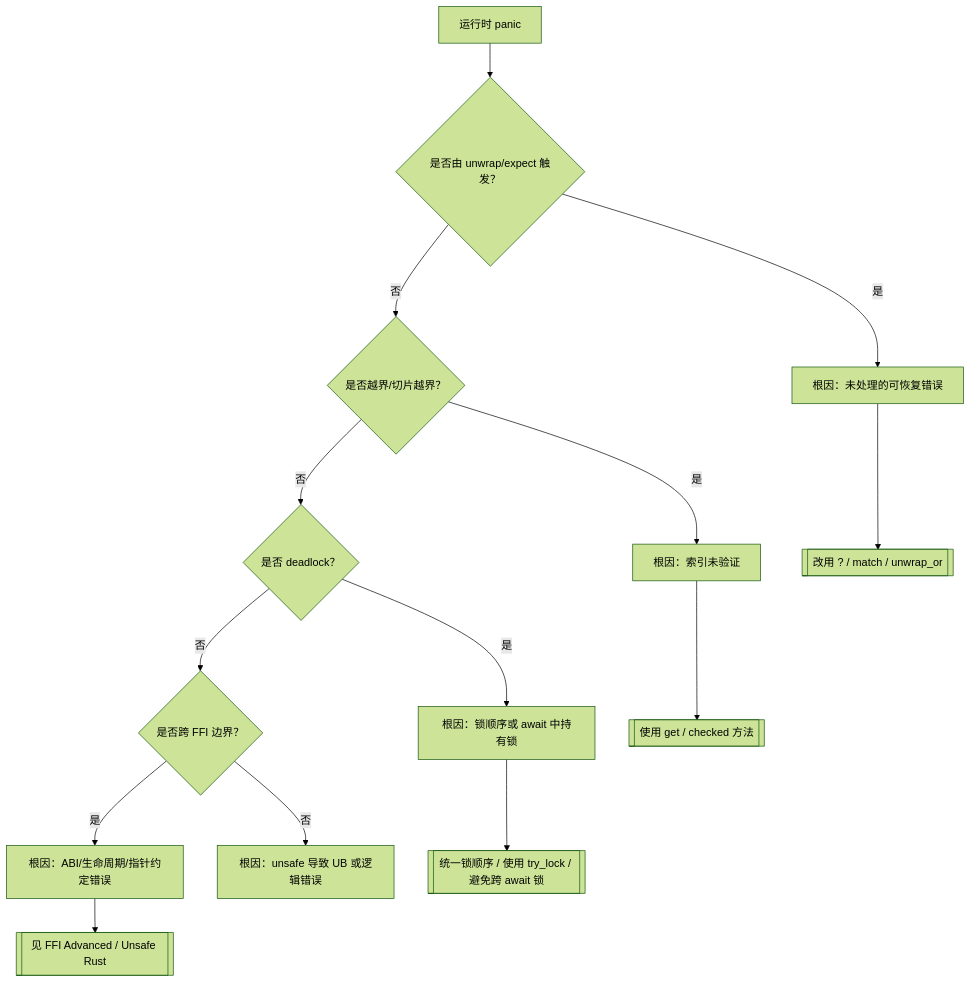
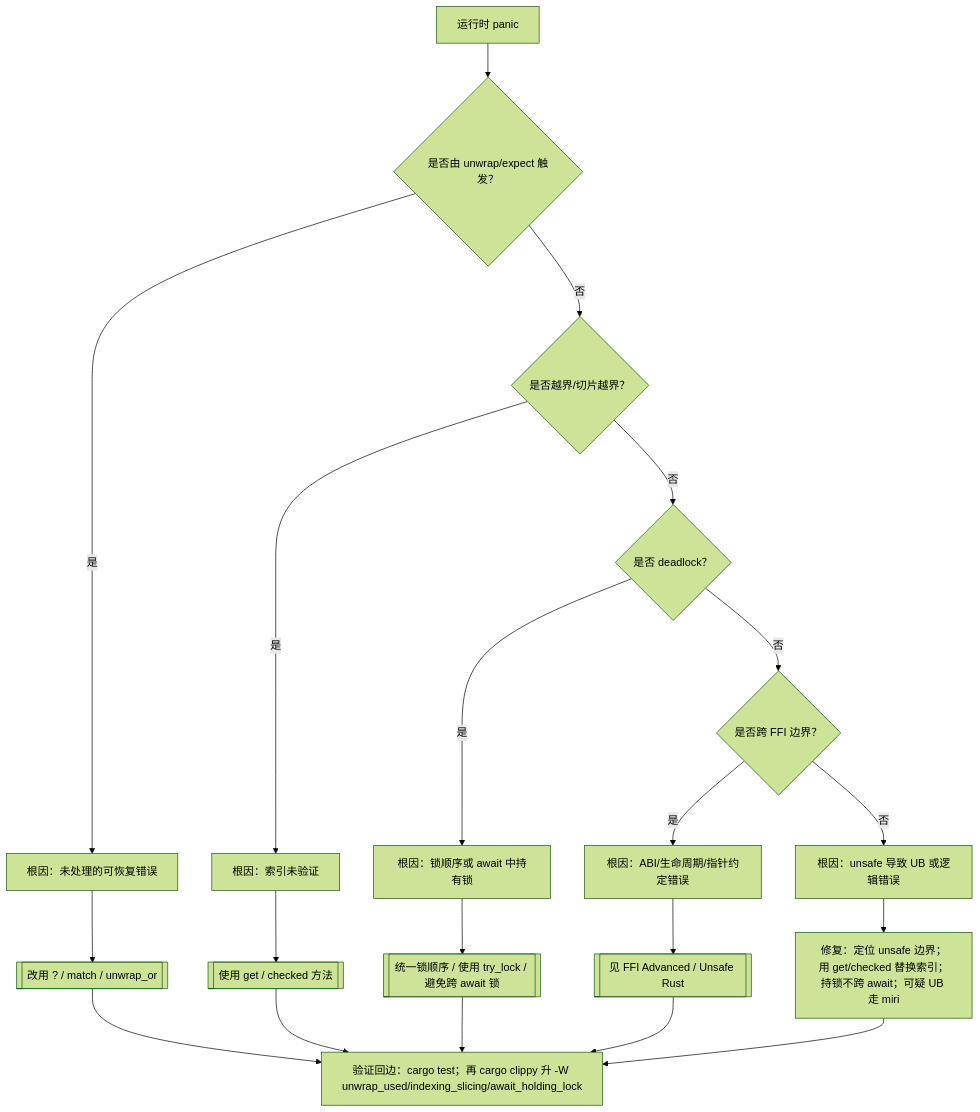
Before and after one commit to martin-ly/rust-lang: the fourth of 6 diagrams in concept/00_meta/knowledge_topology/09_reasoning_judgment_tree_atlas.md, drawn with Mermaid (forest theme). The commit also changed other lines of this file and 100 other files, not shown here.

````diff
--- a/concept/00_meta/knowledge_topology/09_reasoning_judgment_tree_atlas.md
+++ b/concept/00_meta/knowledge_topology/09_reasoning_judgment_tree_atlas.md
@@ -89,16 +105,22 @@
 ```mermaid
 flowchart TD
     P[运行时 panic] --> Q1{是否由 unwrap/expect 触发？}
     Q1 -->|是| R1[根因：未处理的可恢复错误]
     Q1 -->|否| Q2{是否越界/切片越界？}
     Q2 -->|是| R2[根因：索引未验证]
     Q2 -->|否| Q3{是否 deadlock？}
     Q3 -->|是| R3[根因：锁顺序或 await 中持有锁]
     Q3 -->|否| Q4{是否跨 FFI 边界？}
     Q4 -->|是| R4[根因：ABI/生命周期/指针约定错误]
     Q4 -->|否| R5[根因：unsafe 导致 UB 或逻辑错误]
     R1 --> F1[[改用 ? / match / unwrap_or]]
     R2 --> F2[[使用 get / checked 方法]]
     R3 --> F3[[统一锁顺序 / 使用 try_lock / 避免跨 await 锁]]
     R4 --> F4[[见 FFI Advanced / Unsafe Rust]]
+    R5 --> F5[修复：定位 unsafe 边界；用 get/checked 替换索引；持锁不跨 await；可疑 UB 走 miri]
+    F1 --> V4[验证回边：cargo test；再 cargo clippy 升 -W unwrap_used/indexing_slicing/await_holding_lock]
+    F2 --> V4
+    F3 --> V4
+    F4 --> V4
+    F5 --> V4
 ```
````
